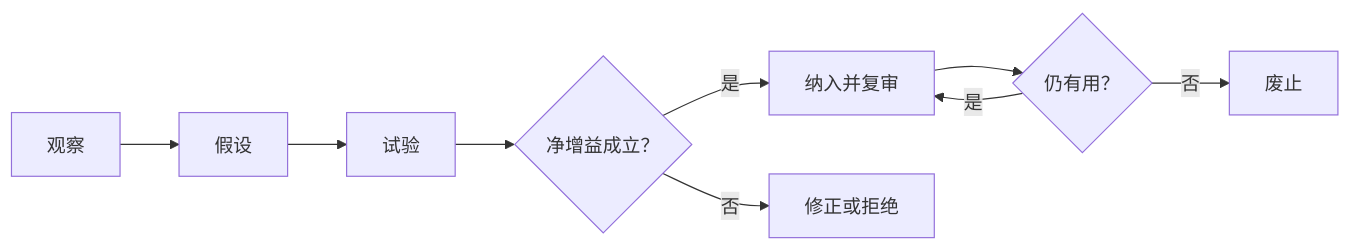
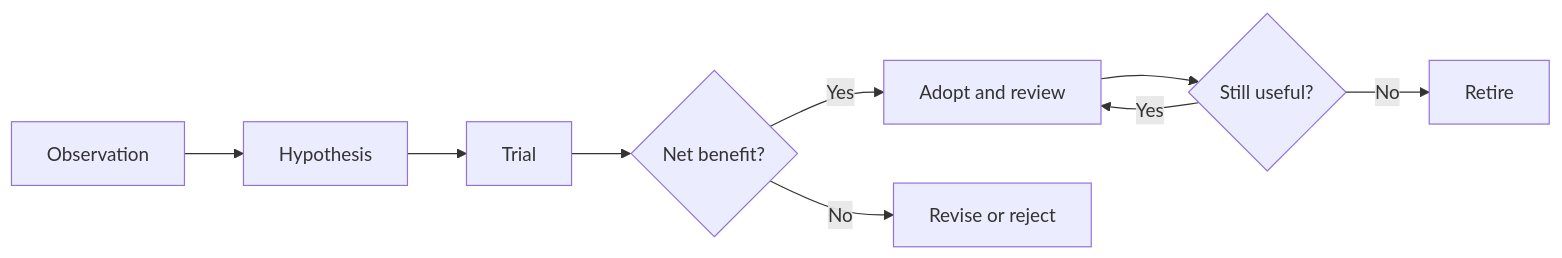
Before and after one commit to HengYangDS/data-department-work-guidelines: the diagram in docs/evolve.md, drawn with Mermaid. The commit also changed other lines of this file and 31 other files, not shown here.

````diff
--- a/docs/evolve.md
+++ b/docs/evolve.md
@@ -17,9 +27,9 @@
 ```mermaid
 flowchart LR
-    O["观察"] --> H["假设"] --> T["试验"] --> V{"净增益成立？"}
-    V -- "是" --> A["纳入并复审"]
-    V -- "否" --> R["修正或拒绝"]
-    A --> D{"仍有用？"}
-    D -- "否" --> X["废止"]
-    D -- "是" --> A
+    O["Observation"] --> H["Hypothesis"] --> T["Trial"] --> V{"Net benefit?"}
+    V -- "Yes" --> A["Adopt and review"]
+    V -- "No" --> R["Revise or reject"]
+    A --> D{"Still useful?"}
+    D -- "No" --> X["Retire"]
+    D -- "Yes" --> A
 ```
````
